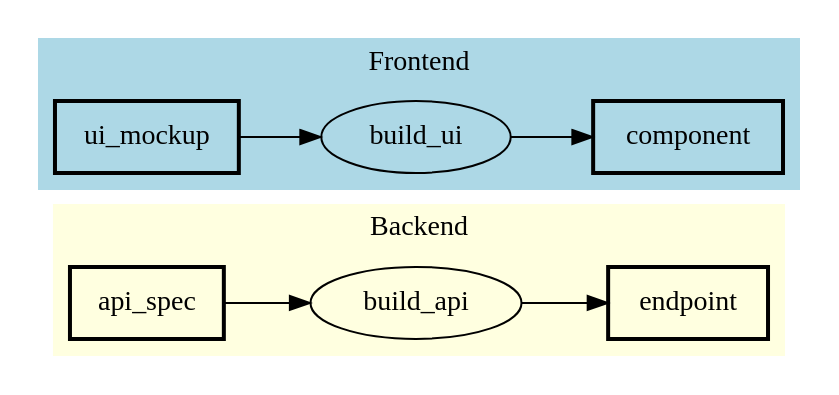
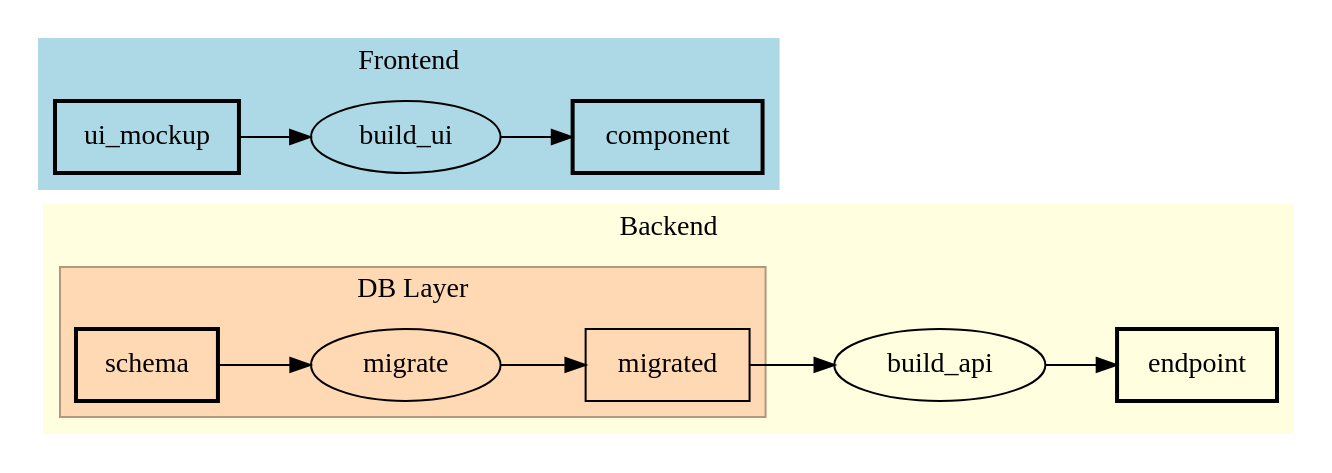
The seventh of 10 diagrams in docs/samples/README.md (takasek/pfdsl), drawn with Graphviz before and after one commit. The commit also changed other lines of this file and 15 other files, not shown here.

````diff
--- a/docs/samples/README.md
+++ b/docs/samples/README.md
@@ -262,30 +266,40 @@
 ```dot
 digraph PFDSL {
   rankdir=LR;
   newrank=true;
 
   subgraph cluster_backend {
     label="Backend";
     color="lightyellow";
     style="filled";
     fillcolor="lightyellow";
-    "api_spec" [shape=box, label="api_spec", penwidth="2"];
+    subgraph cluster_db {
+      label="DB Layer";
+      color="#b3987d";
+      style="filled";
+      fillcolor="#ffd9b3";
+      "migrate" [shape=ellipse, label="migrate"];
+      "migrated" [shape=box, label="migrated"];
+      "schema" [shape=box, label="schema", penwidth="2"];
+    }
     "build_api" [shape=ellipse, label="build_api"];
     "endpoint" [shape=box, label="endpoint", penwidth="2"];
   }
   subgraph cluster_frontend {
     label="Frontend";
     color="lightblue";
     style="filled";
     fillcolor="lightblue";
     "build_ui" [shape=ellipse, label="build_ui"];
     "component" [shape=box, label="component", penwidth="2"];
     "ui_mockup" [shape=box, label="ui_mockup", penwidth="2"];
   }
 
-  "api_spec" -> "build_api";
+  "schema" -> "migrate";
+  "migrate" -> "migrated";
+  "migrated" -> "build_api";
   "build_api" -> "endpoint";
   "ui_mockup" -> "build_ui";
   "build_ui" -> "component";
 }
 ```
````
